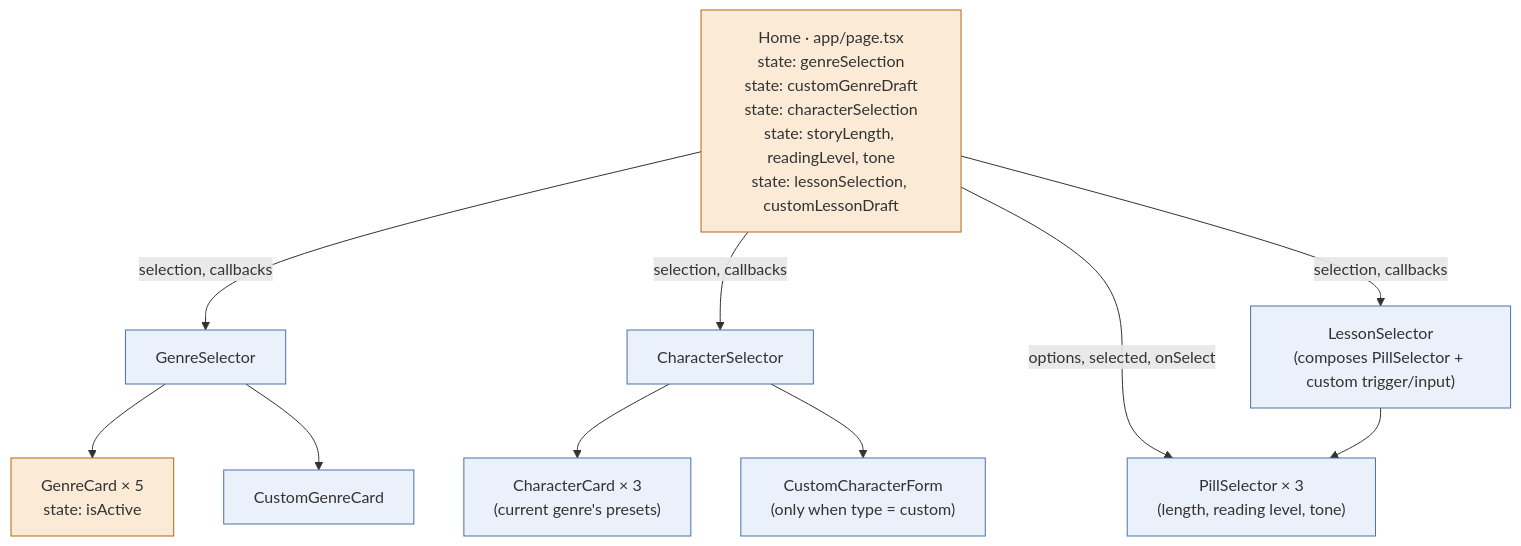
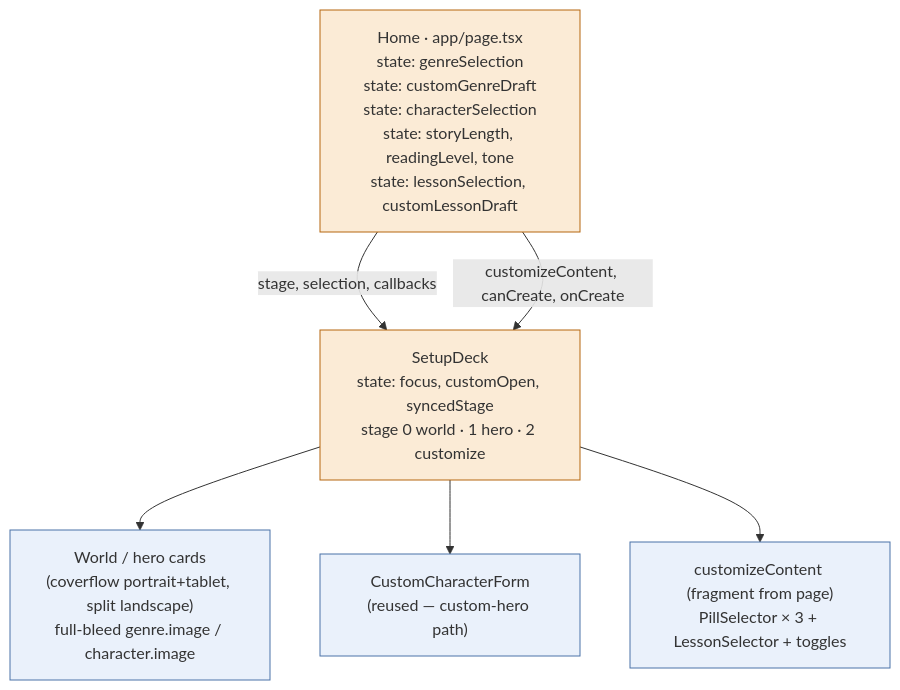
Before and after one commit to aio-studios/children-story-app: the second of 8 diagrams in docs/architecture.md, drawn with Mermaid. The commit also changed other lines of this file and 41 other files, not shown here.

````diff
--- a/docs/architecture.md
+++ b/docs/architecture.md
@@ -88,27 +89,19 @@
 ```mermaid
 graph TD
   Page["Home · app/page.tsx<br/>state: genreSelection<br/>state: customGenreDraft<br/>state: characterSelection<br/>state: storyLength, readingLevel, tone<br/>state: lessonSelection, customLessonDraft"]
-  GS["GenreSelector"]
-  CS["CharacterSelector"]
-  GC["GenreCard × 5<br/>state: isActive"]
-  CGC["CustomGenreCard"]
-  CC["CharacterCard × 3<br/>(current genre's presets)"]
-  CCF["CustomCharacterForm<br/>(only when type = custom)"]
-  PS["PillSelector × 3<br/>(length, reading level, tone)"]
-  LS["LessonSelector<br/>(composes PillSelector + custom trigger/input)"]
+  Deck["SetupDeck<br/>state: focus, customOpen, syncedStage<br/>stage 0 world · 1 hero · 2 customize"]
+  Cards["World / hero cards<br/>(coverflow portrait+tablet, split landscape)<br/>full-bleed genre.image / character.image"]
+  CCF["CustomCharacterForm<br/>(reused — custom-hero path)"]
+  Cust["customizeContent (fragment from page)<br/>PillSelector × 3 + LessonSelector + toggles"]
 
-  Page -->|selection, callbacks| GS
-  Page -->|selection, callbacks| CS
-  Page -->|options, selected, onSelect| PS
-  Page -->|selection, callbacks| LS
-  GS --> GC
-  GS --> CGC
-  CS --> CC
-  CS --> CCF
-  LS --> PS
+  Page -->|stage, selection, callbacks| Deck
+  Page -->|customizeContent, canCreate, onCreate| Deck
+  Deck --> Cards
+  Deck --> CCF
+  Deck --> Cust
 
   classDef stateful fill:#FBEBD6,stroke:#B5670E;
   classDef plain fill:#EAF1FB,stroke:#4A72A8;
-  class Page,GC stateful;
-  class GS,CS,CGC,CC,CCF,PS,LS plain;
+  class Page,Deck stateful;
+  class Cards,CCF,Cust plain;
 ```
````
